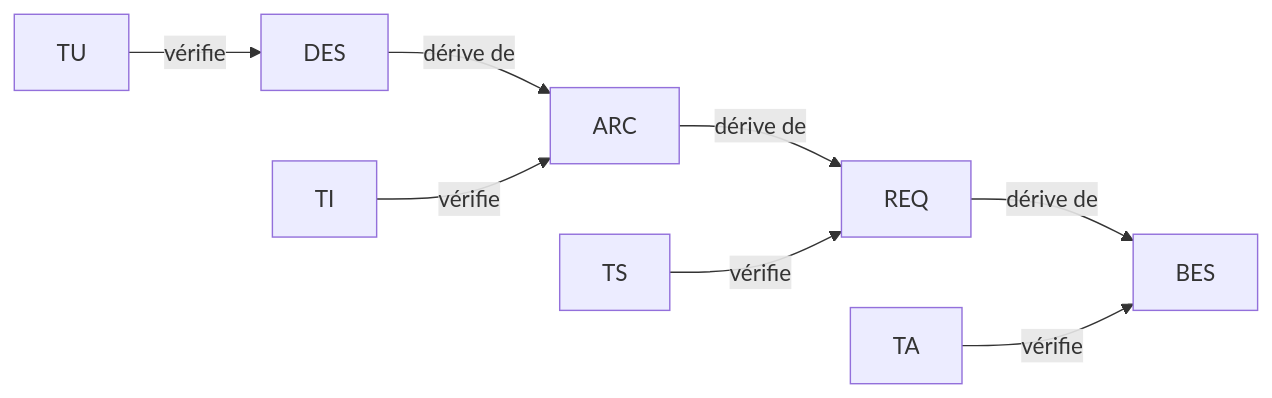
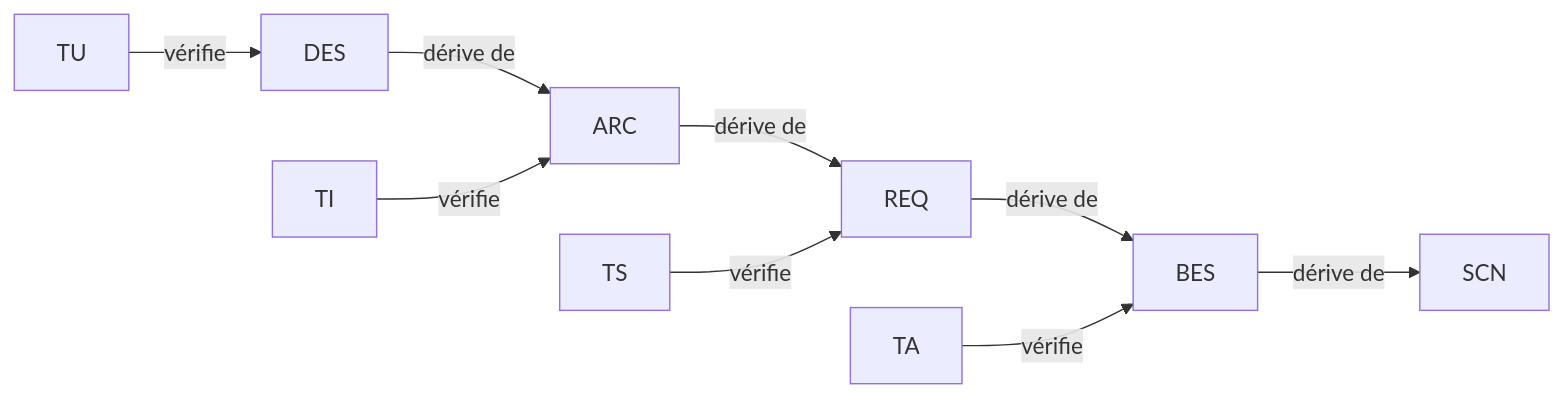
One commit to thourymatthieu-png/coworker_archi_system changed the second of 2 diagrams in framework/regles-documentaires.md. Above: the diagram before and after it, drawn with Mermaid. The commit also changed other lines of this file and 69 other files, not shown here.

````diff
--- a/framework/regles-documentaires.md
+++ b/framework/regles-documentaires.md
@@ -44,8 +90,8 @@
 ```mermaid
 flowchart LR
-    DES -- "dérive de" --> ARC -- "dérive de" --> REQ -- "dérive de" --> BES
+    DES -- "dérive de" --> ARC -- "dérive de" --> REQ -- "dérive de" --> BES -- "dérive de" --> SCN
     TU -- "vérifie" --> DES
     TI -- "vérifie" --> ARC
     TS -- "vérifie" --> REQ
     TA -- "vérifie" --> BES
 ```
````
